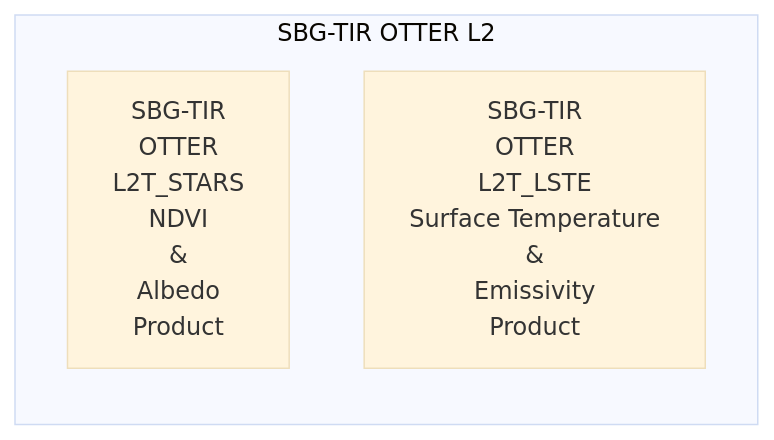
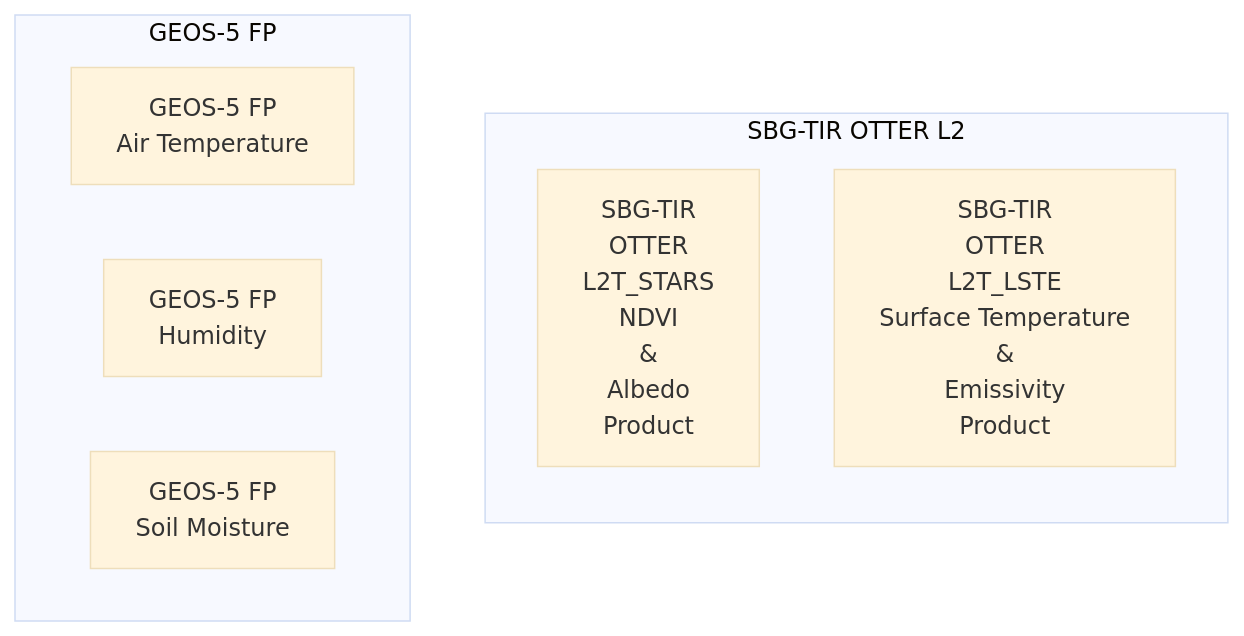
Before and after one commit to sbg-tir/SBG-TIR-L4-JET: the diagram in README.md, drawn with Mermaid (base theme).

````diff
--- a/README.md
+++ b/README.md
@@ -31,8 +31,14 @@
 ```mermaid
 flowchart TB
     subgraph SBG_L2[SBG-TIR OTTER L2]
         direction TB
         SBG_L2T_LSTE[SBG-TIR<br>OTTER<br>L2T_STARS<br>NDVI<br>&<br>Albedo<br>Product]
         SBG_L2T_STARS[SBG-TIR<br>OTTER<br>L2T_LSTE<br>Surface Temperature<br>&<br>Emissivity<br>Product]
     end
+
+    subgraph GEOS5FP[GEOS-5 FP]
+        GEOS5FP_Ta[GEOS-5 FP<br>Air Temperature]
+        GEOS5FP_RH[GEOS-5 FP<br>Humidity]
+        GEOS5FP_SM[GEOS-5 FP<br>Soil Moisture]
+    end
 ```
````
